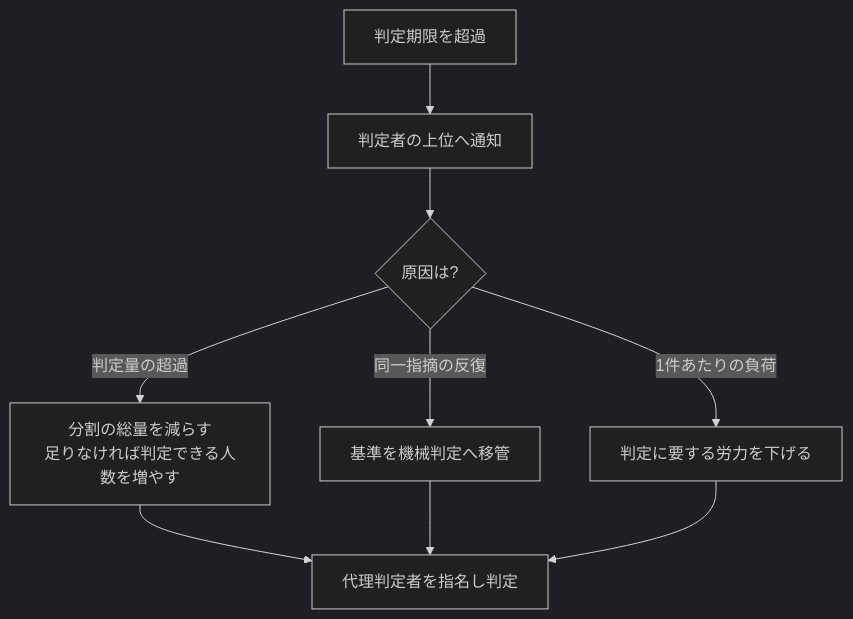
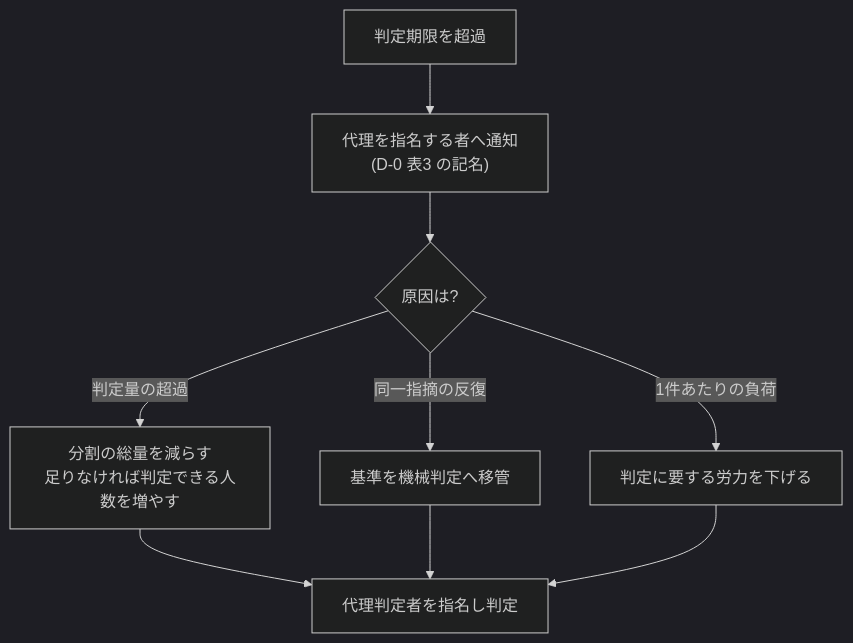
Before and after one commit to Takenori-Kusaka/process-compass: the diagram in src/content/docs/phase4-process-design/exception-escalation.md, drawn with Mermaid (dark theme). The commit also changed other lines of this file and 41 other files, not shown here.

````diff
--- a/src/content/docs/phase4-process-design/exception-escalation.md
+++ b/src/content/docs/phase4-process-design/exception-escalation.md
@@ -171,11 +171,11 @@
 ```mermaid
 graph TD
-  A["判定期限を超過"] --> B["判定者の上位へ通知"]
+  A["判定期限を超過"] --> B["代理を指名する者へ通知<br>(D-0 表3 の記名)"]
   B --> C{"原因は?"}
   C -->|判定量の超過| D["分割の総量を減らす<br>足りなければ判定できる人数を増やす"]
   C -->|同一指摘の反復| E["基準を機械判定へ移管"]
   C -->|1件あたりの負荷| F["判定に要する労力を下げる"]
   D --> G["代理判定者を指名し判定"]
   E --> G
   F --> G
 ```
````
